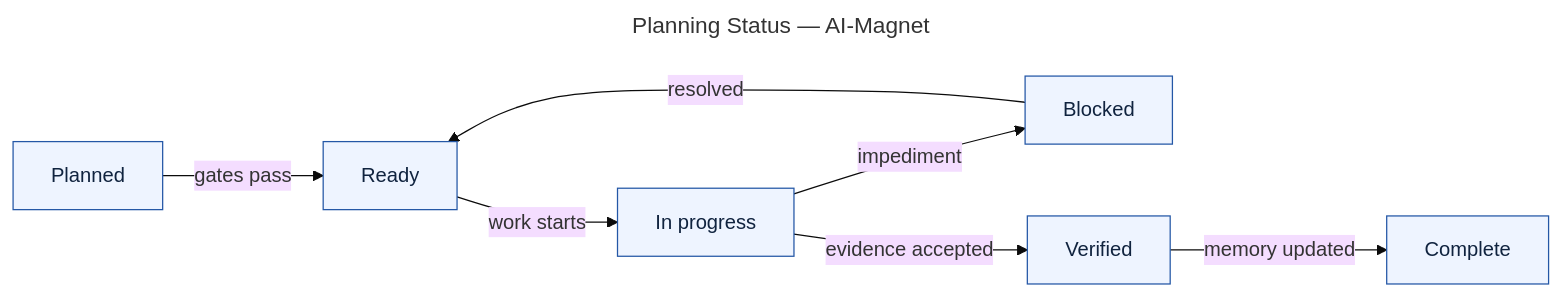
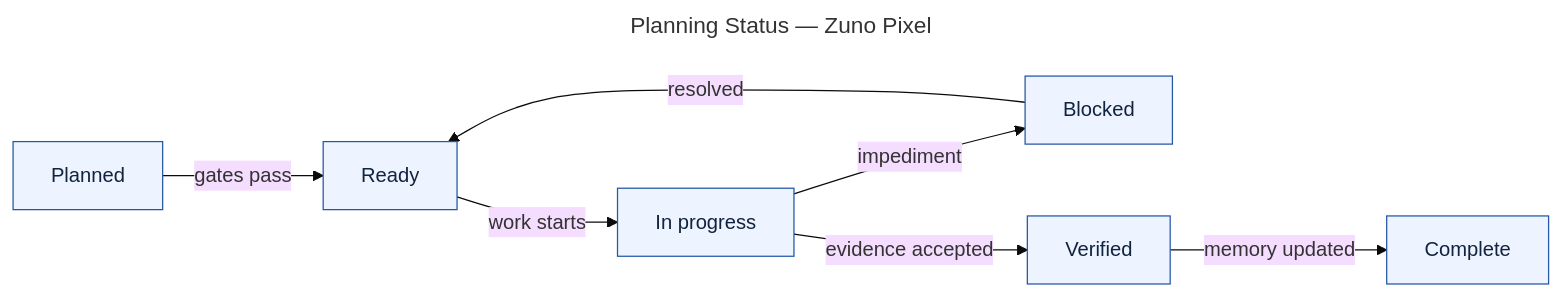
One commit to Tauhid-dev/Brand-website changed the diagram in planning/architecture/diagrams/status.mmd. Above: the diagram before and after it, drawn with Mermaid (base theme). The commit also changed 73 other files, not shown here.

Commit message:
feat(brand): complete Zuno Pixel phase 1

```diff
--- a/planning/architecture/diagrams/status.mmd
+++ b/planning/architecture/diagrams/status.mmd
@@ -1,18 +1,18 @@
 ---
-title: "Planning Status — AI-Magnet"
+title: "Planning Status — Zuno Pixel"
 ---
 flowchart LR
     planned["Planned"]
     ready["Ready"]
     active["In progress"]
     blocked["Blocked"]
     verified["Verified"]
     done["Complete"]
     planned -->|"gates pass"| ready
     ready -->|"work starts"| active
     active -->|"impediment"| blocked
     blocked -->|"resolved"| ready
     active -->|"evidence accepted"| verified
     verified -->|"memory updated"| done
     classDef genesis fill:#eef4ff,stroke:#2457a6,color:#10233f
     class planned,ready,active,blocked,verified,done genesis
```
